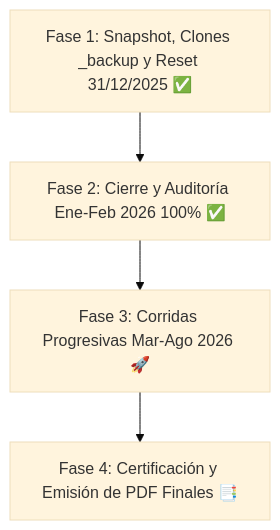
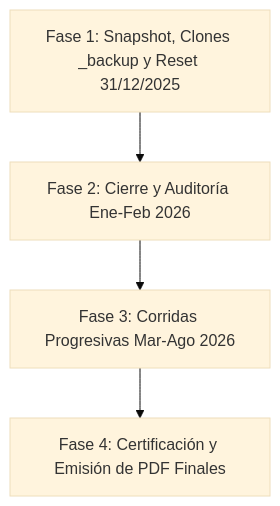
One commit to RichGutz/Inandes.ERP.React changed the diagram in Obsidian/Inandes.Inversionistas.React/PLAN_CONTROL_CALIDAD_CRM_INVERSIONISTAS.md. Above: the diagram before and after it, drawn with Mermaid (base theme). The commit also changed other lines of this file and 19 other files, not shown here.

````diff
--- a/Obsidian/Inandes.Inversionistas.React/PLAN_CONTROL_CALIDAD_CRM_INVERSIONISTAS.md
+++ b/Obsidian/Inandes.Inversionistas.React/PLAN_CONTROL_CALIDAD_CRM_INVERSIONISTAS.md
@@ -19,6 +19,6 @@
 ```mermaid
 graph TD
-    F1[Fase 1: Snapshot, Clones _backup y Reset 31/12/2025 ✅] --> F2[Fase 2: Cierre y Auditoría Ene-Feb 2026 100% ✅]
-    F2 --> F3[Fase 3: Corridas Progresivas Mar-Ago 2026 🚀]
-    F3 --> F4[Fase 4: Certificación y Emisión de PDF Finales 📑]
+    F1[Fase 1: Snapshot, Clones _backup y Reset 31/12/2025] --> F2[Fase 2: Cierre y Auditoría Ene-Feb 2026]
+    F2 --> F3[Fase 3: Corridas Progresivas Mar-Ago 2026]
+    F3 --> F4[Fase 4: Certificación y Emisión de PDF Finales]
 ```
````
